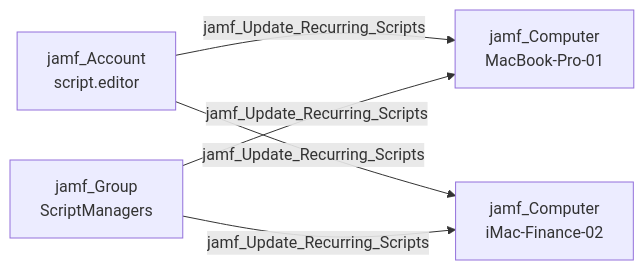
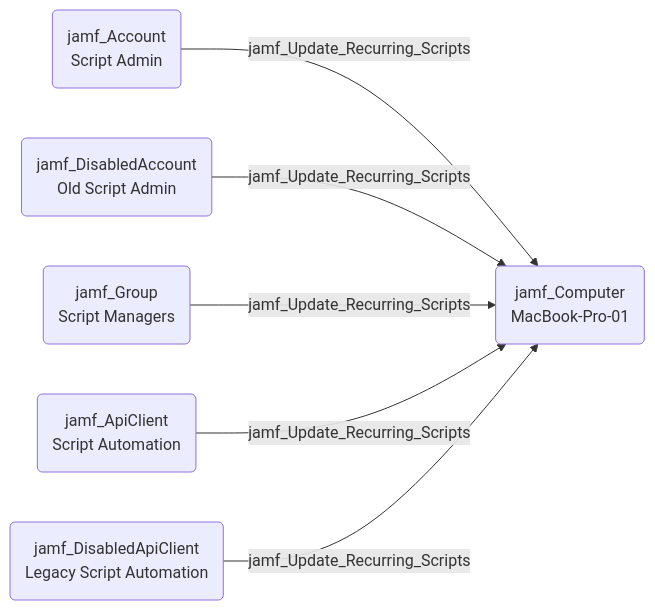
The diagram in docs/opengraph/extensions/jamfhound/reference/edges/jamf_update_recurring_scripts.mdx (SpecterOps/bloodhound-docs), drawn with Mermaid before and after one commit. The commit also changed 33 other files, not shown here.

Commit message:
Updated documentation with revised mermaid diagrams

````diff
--- a/docs/opengraph/extensions/jamfhound/reference/edges/jamf_update_recurring_scripts.mdx
+++ b/docs/opengraph/extensions/jamfhound/reference/edges/jamf_update_recurring_scripts.mdx
@@ -18,7 +18,20 @@
 ```mermaid
 graph LR
-    A["jamf_Account\nscript.editor"] -->|jamf_Update_Recurring_Scripts| B["jamf_Computer\nMacBook-Pro-01"]
-    A -->|jamf_Update_Recurring_Scripts| C["jamf_Computer\niMac-Finance-02"]
-    D["jamf_Group\nScriptManagers"] -->|jamf_Update_Recurring_Scripts| B
-    D -->|jamf_Update_Recurring_Scripts| C
+    A("jamf_Account
+Script Admin")
+    B("jamf_Computer
+MacBook-Pro-01")
+    C("jamf_DisabledAccount
+Old Script Admin")
+    D("jamf_Group
+Script Managers")
+    E("jamf_ApiClient
+Script Automation")
+    F("jamf_DisabledApiClient
+Legacy Script Automation")
+    A -- jamf_Update_Recurring_Scripts --> B
+    C -- jamf_Update_Recurring_Scripts --> B
+    D -- jamf_Update_Recurring_Scripts --> B
+    E -- jamf_Update_Recurring_Scripts --> B
+    F -- jamf_Update_Recurring_Scripts --> B
 ```
````
